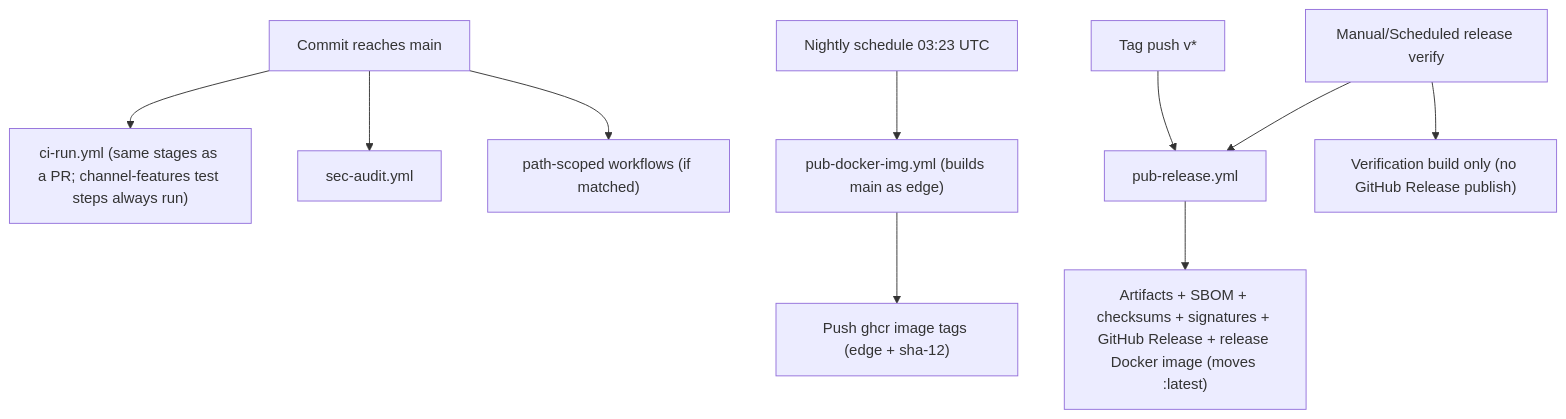
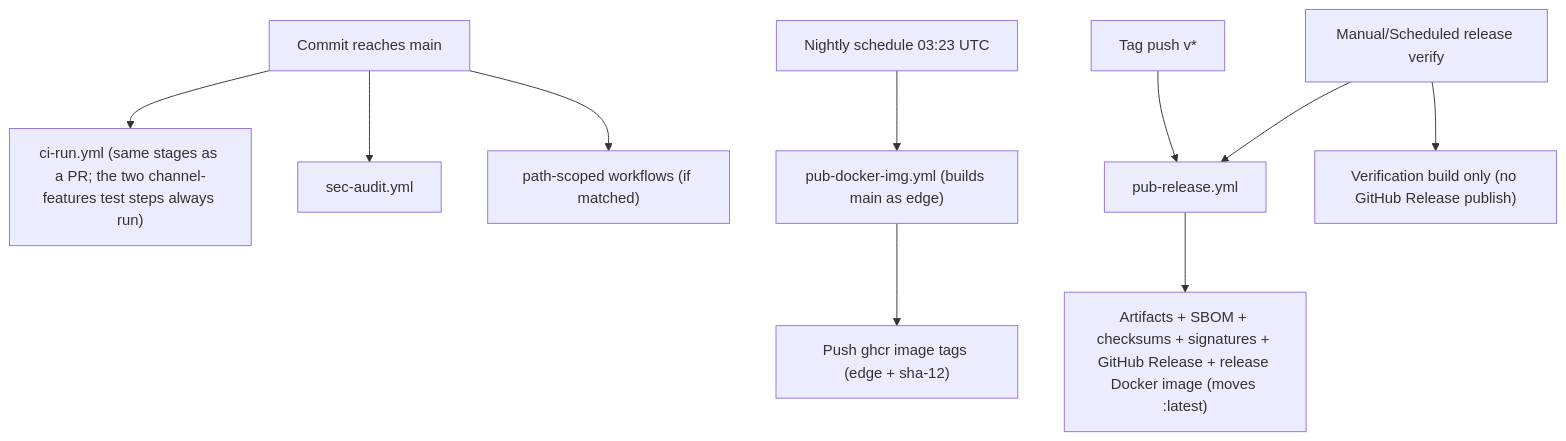
One commit to RantAI-dev/RantAIClaw changed the second of 2 diagrams in .github/workflows/main-branch-flow.md. Above: the diagram before and after it, drawn with Mermaid. The commit also changed other lines of this file and 4 other files, not shown here.

First line of the commit message:
fix(ci): run the channel-matrix compile check on every Rust PR (#1181)

````diff
--- a/.github/workflows/main-branch-flow.md
+++ b/.github/workflows/main-branch-flow.md
@@ -151,12 +151,12 @@
 ```mermaid
 flowchart TD
-  A["Commit reaches main"] --> B["ci-run.yml (same stages as a PR; channel-features test steps always run)"]
+  A["Commit reaches main"] --> B["ci-run.yml (same stages as a PR; the two channel-features test steps always run)"]
   A --> C["sec-audit.yml"]
   A --> D["path-scoped workflows (if matched)"]
   N["Nightly schedule 03:23 UTC"] --> E["pub-docker-img.yml (builds main as edge)"]
   T["Tag push v*"] --> R["pub-release.yml"]
   W["Manual/Scheduled release verify"] --> R
   R --> R1["Artifacts + SBOM + checksums + signatures + GitHub Release + release Docker image (moves :latest)"]
   W --> R2["Verification build only (no GitHub Release publish)"]
   E --> E1["Push ghcr image tags (edge + sha-12)"]
 ```
````
